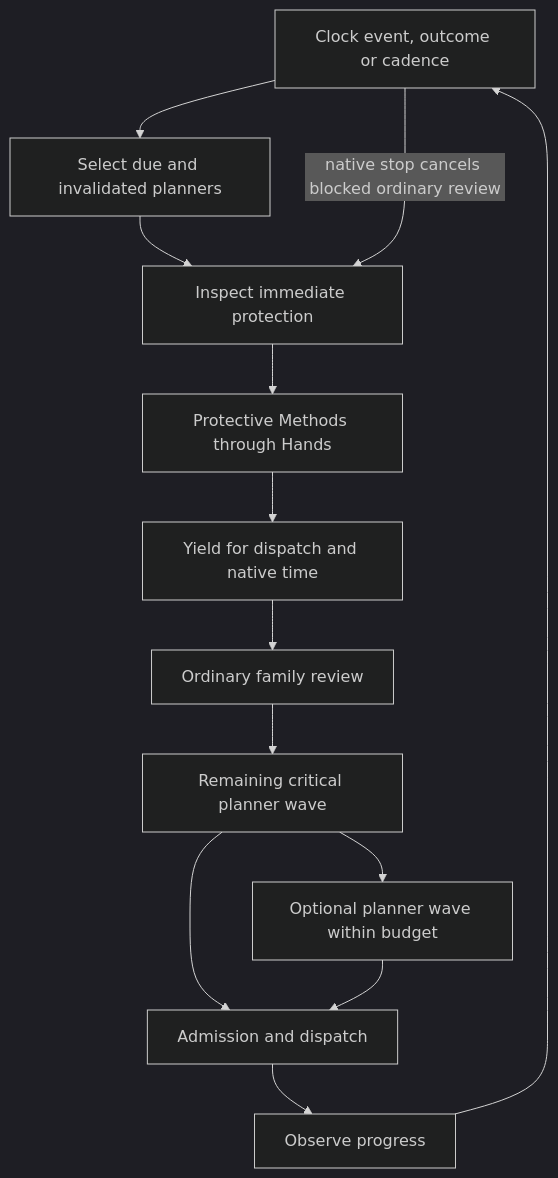
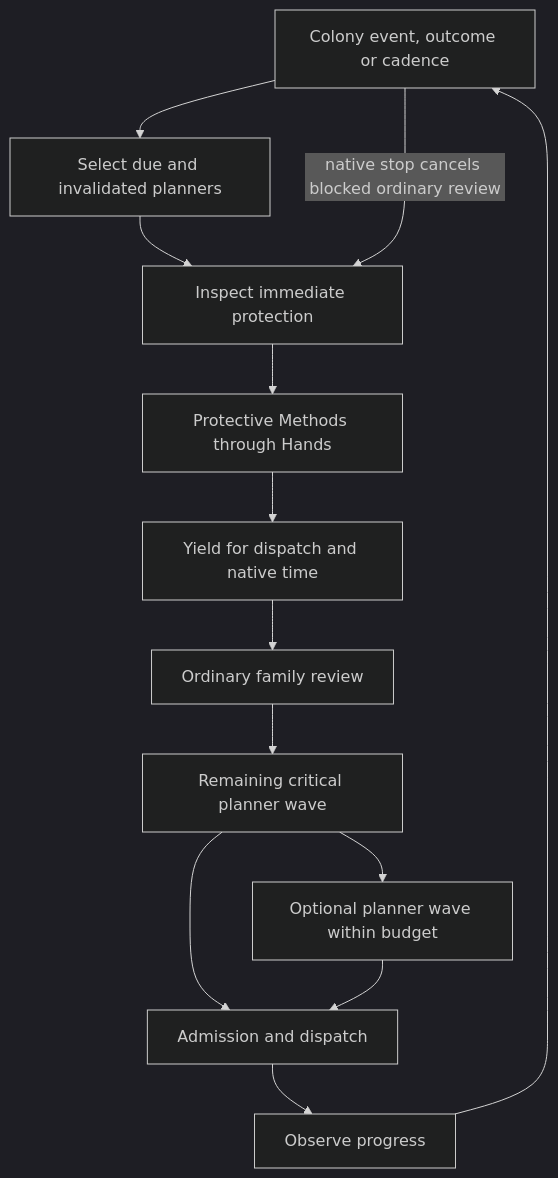
One commit to davidarcher/rimgovernor changed the second of 4 diagrams in docs/developers/architecture/control-loop.md. Above: the diagram before and after it, drawn with Mermaid (dark theme). The commit also changed 52 other files, not shown here.

````diff
--- a/docs/developers/architecture/control-loop.md
+++ b/docs/developers/architecture/control-loop.md
@@ -689,15 +689,15 @@
 ```mermaid
 flowchart TD
-    Event[Clock event, outcome or cadence] --> Queue[Select due and invalidated planners]
+    Event[Colony event, outcome or cadence] --> Queue[Select due and invalidated planners]
     Queue --> Immediate[Inspect immediate protection]
     Immediate --> Protection[Protective Methods through Hands]
     Protection --> Advance[Yield for dispatch and native time]
     Advance --> Round[Ordinary family review]
     Round --> Critical[Remaining critical planner wave]
     Critical --> Optional[Optional planner wave within budget]
     Critical --> Admit[Admission and dispatch]
     Optional --> Admit
     Admit --> Observe[Observe progress]
     Observe --> Event
     Event -->|native stop cancels blocked ordinary review| Immediate
 ```
````
